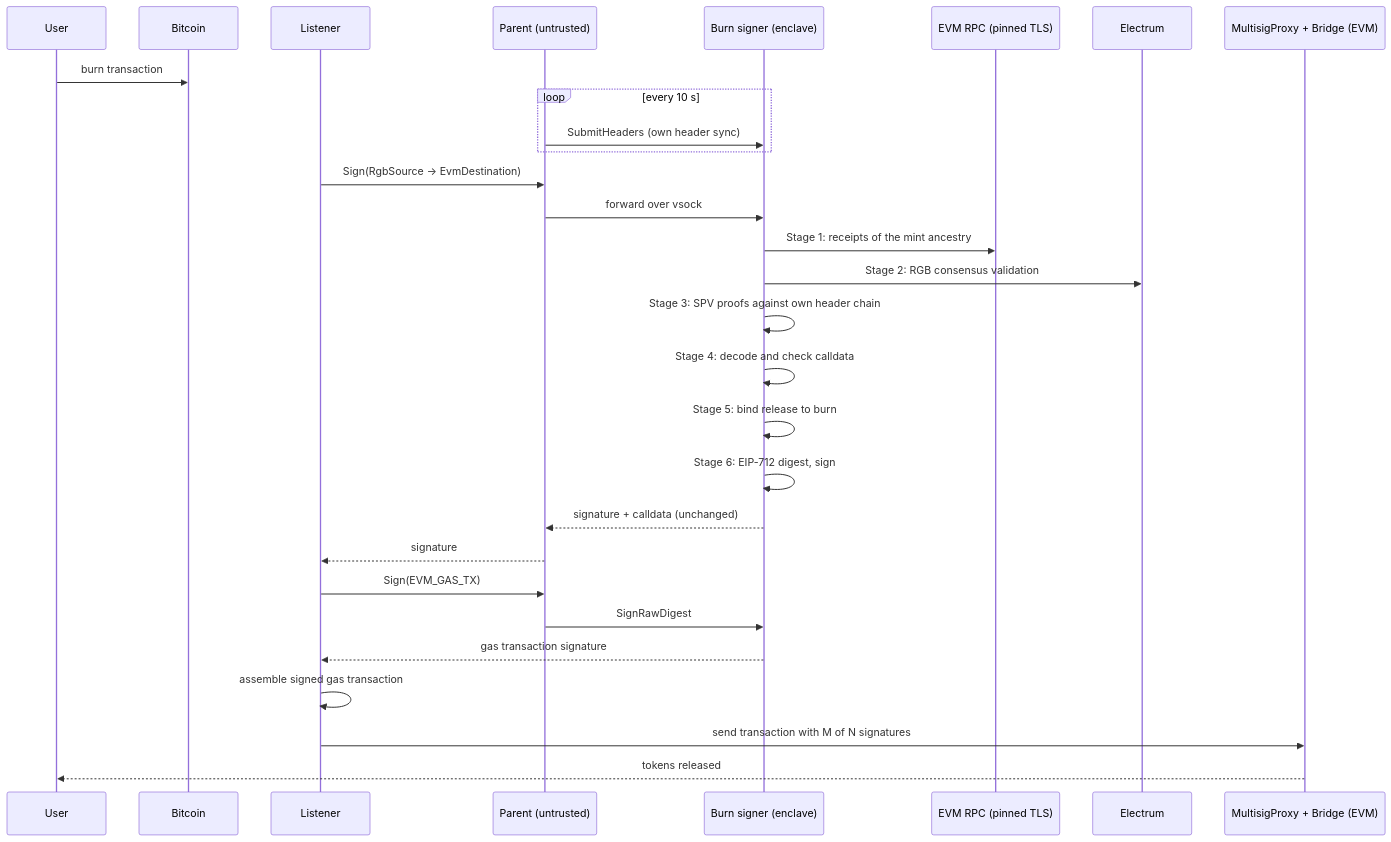
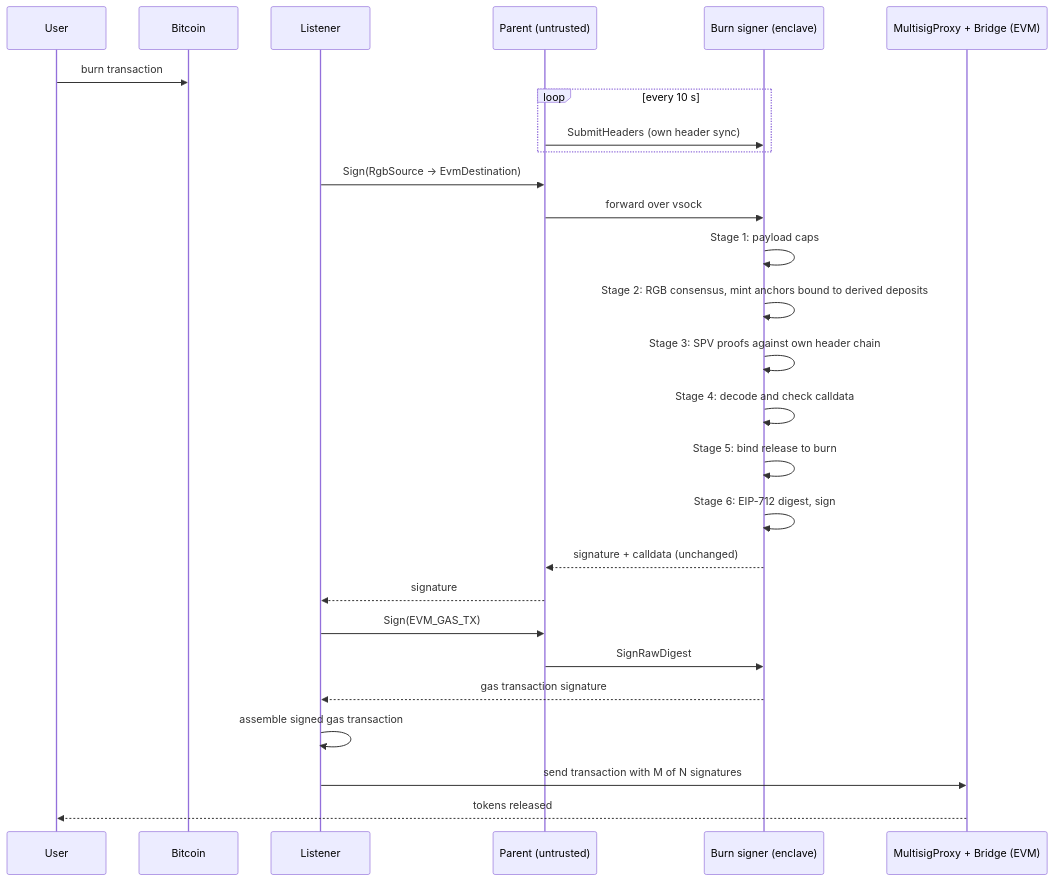
One commit to UTEXO-Protocol/enclave-signer changed the diagram in docs/burn-flow.md. Above: the diagram before and after it, drawn with Mermaid. The commit also changed other lines of this file and 82 other files, not shown here.

````diff
--- a/docs/burn-flow.md
+++ b/docs/burn-flow.md
@@ -44,32 +46,30 @@
 ```mermaid
 sequenceDiagram
     participant U as User
     participant BT as Bitcoin
     participant L as Listener
     participant P as Parent (untrusted)
     participant E as Burn signer (enclave)
-    participant R as EVM RPC (pinned TLS)
-    participant X as Electrum
     participant C as MultisigProxy + Bridge (EVM)
 
     U->>BT: burn transaction
     loop every 10 s
         P->>E: SubmitHeaders (own header sync)
     end
     L->>P: Sign(RgbSource -> EvmDestination)
     P->>E: forward over vsock
-    E->>R: Stage 1: receipts of the mint ancestry
-    E->>X: Stage 2: RGB consensus validation
+    E->>E: Stage 1: payload caps
+    E->>E: Stage 2: RGB consensus, mint anchors bound to derived deposits
     E->>E: Stage 3: SPV proofs against own header chain
     E->>E: Stage 4: decode and check calldata
     E->>E: Stage 5: bind release to burn
     E->>E: Stage 6: EIP-712 digest, sign
     E-->>P: signature + calldata (unchanged)
     P-->>L: signature
     L->>P: Sign(EVM_GAS_TX)
     P->>E: SignRawDigest
     E-->>L: gas transaction signature
     L->>L: assemble signed gas transaction
     L->>C: send transaction with M of N signatures
     C-->>U: tokens released
 ```
````
